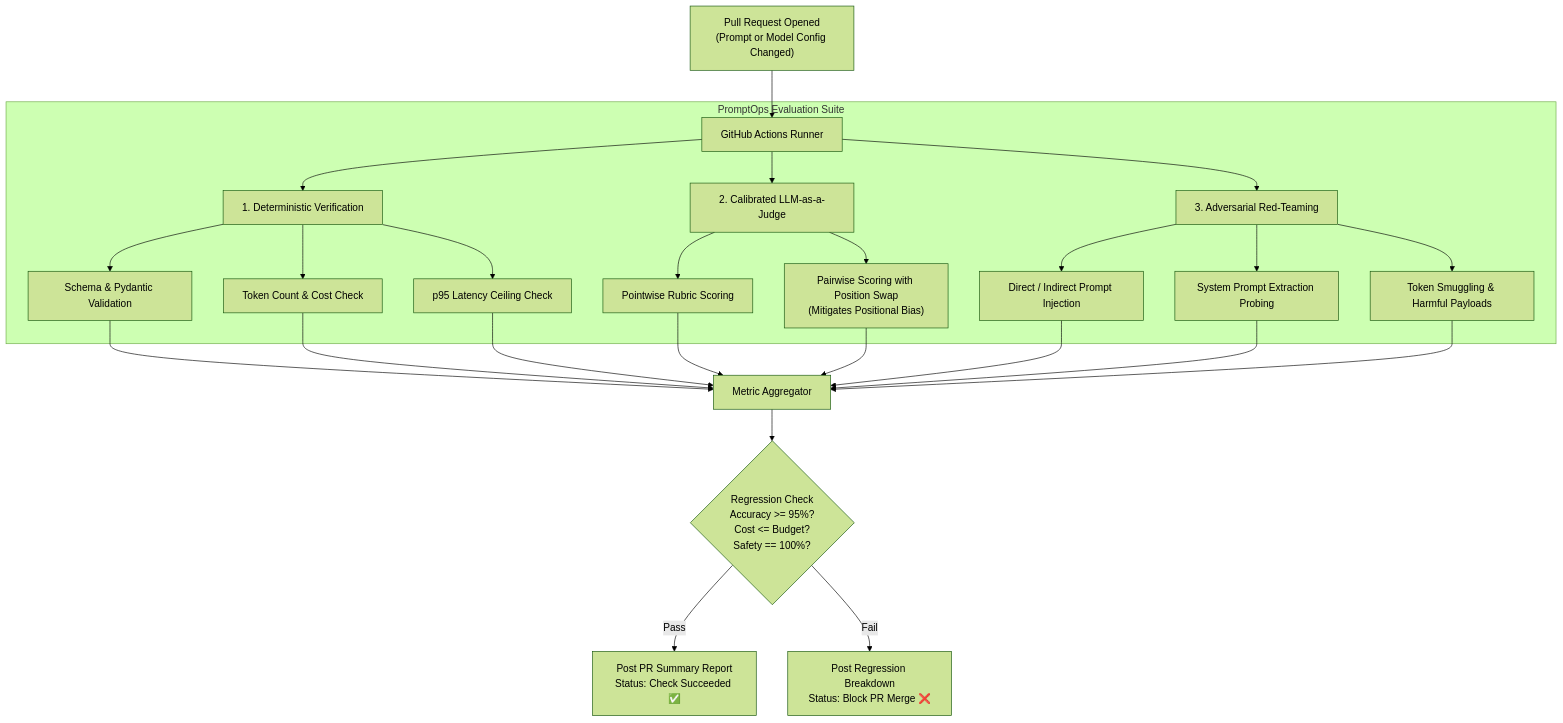
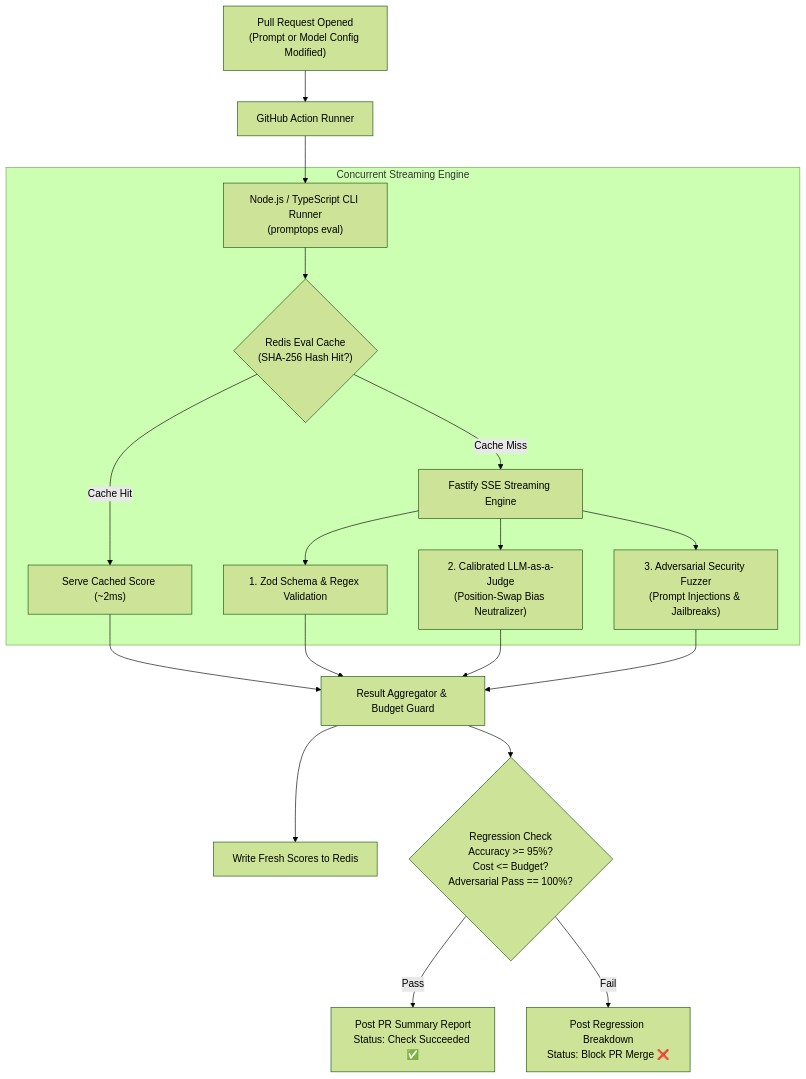
The diagram in README.md (srikar298/promptops-eval-harness), drawn with Mermaid (forest theme) before and after one commit. The commit also changed other lines of this file and 4 other files, not shown here.

Commit message:
feat: promptops eval harness with Node.js TypeScript + Fastify + Redis

````diff
--- a/README.md
+++ b/README.md
@@ -29,28 +27,23 @@
 ```mermaid
 flowchart TD
-    PROpened["Pull Request Opened<br/>(Prompt or Model Config Changed)"] --> GitAction["GitHub Actions Runner"]
+    GitPR["Pull Request Opened<br/>(Prompt or Model Config Modified)"] --> GHAction["GitHub Action Runner"]
     
-    subgraph TestHarness ["PromptOps Evaluation Suite"]
-        GitAction --> DetStage["1. Deterministic Verification"]
-        DetStage --> JSONCheck["Schema & Pydantic Validation"]
-        DetStage --> TokenBudget["Token Count & Cost Check"]
-        DetStage --> LatencyCheck["p95 Latency Ceiling Check"]
-
-        GitAction --> JudgeStage["2. Calibrated LLM-as-a-Judge"]
-        JudgeStage --> Pointwise["Pointwise Rubric Scoring"]
-        JudgeStage --> PairwiseSwap["Pairwise Scoring with Position Swap<br/>(Mitigates Positional Bias)"]
-
-        GitAction --> SecStage["3. Adversarial Red-Teaming"]
-        SecStage --> PromptInject["Direct / Indirect Prompt Injection"]
-        SecStage --> LeakProbe["System Prompt Extraction Probing"]
-        SecStage --> Jailbreak["Token Smuggling & Harmful Payloads"]
+    GHAction --> TSCLI["Node.js / TypeScript CLI Runner<br/>(promptops eval)"]
+    
+    subgraph ExecutionLayer ["Concurrent Streaming Engine"]
+        TSCLI --> RedisCache{"Redis Eval Cache<br/>(SHA-256 Hash Hit?)"}
+        RedisCache -- Cache Hit --> SkipLLM["Serve Cached Score (~2ms)"]
+        RedisCache -- Cache Miss --> FastifyStream["Fastify SSE Streaming Engine"]
+        
+        FastifyStream --> Deterministic["1. Zod Schema & Regex Validation"]
+        FastifyStream --> LLMJudge["2. Calibrated LLM-as-a-Judge<br/>(Position-Swap Bias Neutralizer)"]
+        FastifyStream --> RedTeam["3. Adversarial Security Fuzzer<br/>(Prompt Injections & Jailbreaks)"]
     end
 
-    JSONCheck & TokenBudget & LatencyCheck --> Aggregator["Metric Aggregator"]
-    Pointwise & PairwiseSwap --> Aggregator
-    PromptInject & LeakProbe & Jailbreak --> Aggregator
-
-    Aggregator --> Gate{"Regression Check<br/>Accuracy >= 95%?<br/>Cost <= Budget?<br/>Safety == 100%?"}
-    Gate -- Pass --> Approve["Post PR Summary Report<br/>Status: Check Succeeded ✅"]
-    Gate -- Fail --> Block["Post Regression Breakdown<br/>Status: Block PR Merge ❌"]
+    SkipLLM & Deterministic & LLMJudge & RedTeam --> Aggregator["Result Aggregator & Budget Guard"]
+    Aggregator --> StoreCache["Write Fresh Scores to Redis"]
+    
+    Aggregator --> PRGate{"Regression Check<br/>Accuracy >= 95%?<br/>Cost <= Budget?<br/>Adversarial Pass == 100%?"}
+    PRGate -- Pass --> Approve["Post PR Summary Report<br/>Status: Check Succeeded ✅"]
+    PRGate -- Fail --> Block["Post Regression Breakdown<br/>Status: Block PR Merge ❌"]
 ```
````
